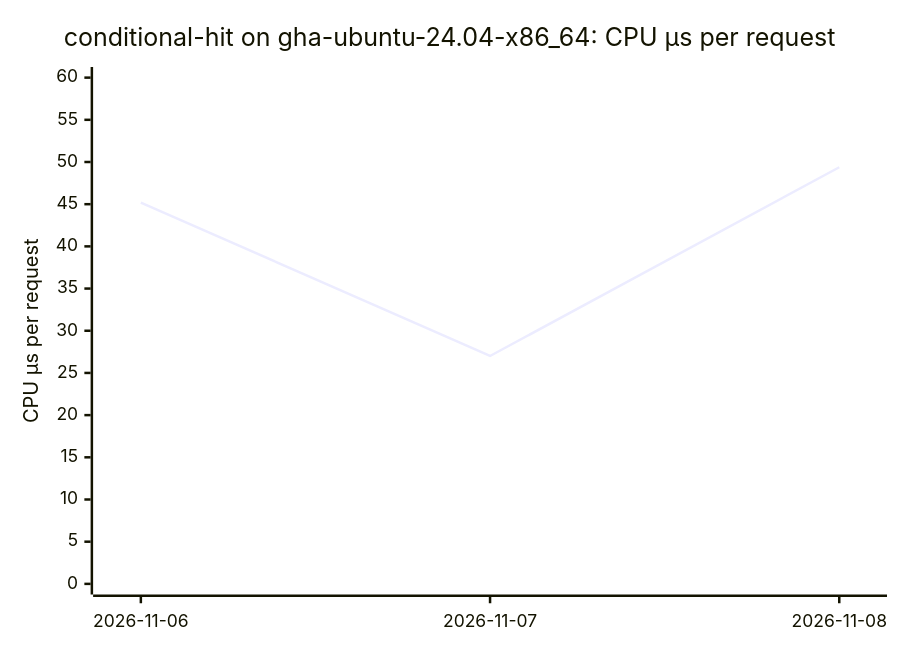
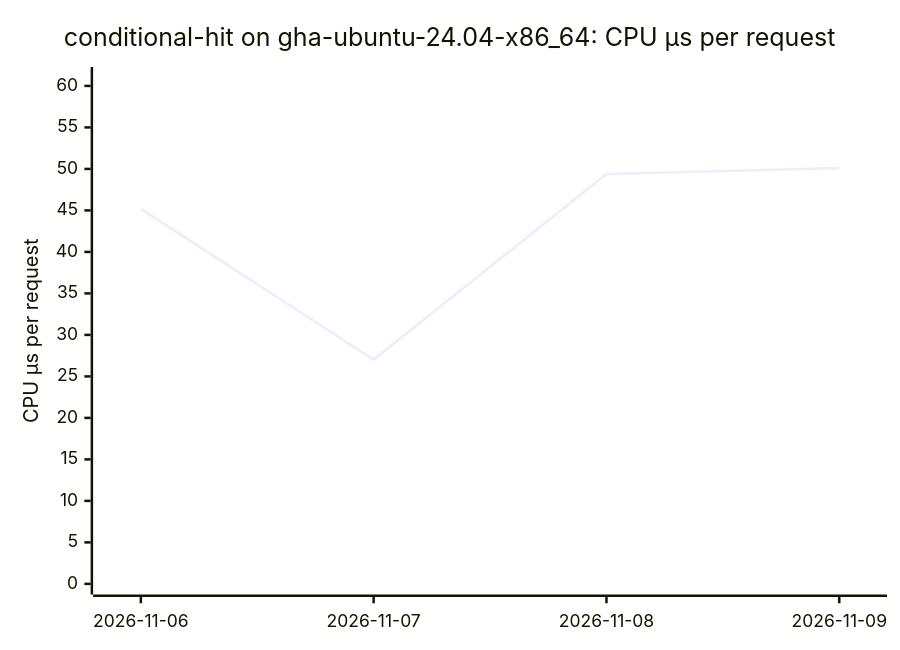
Before and after one commit to ThePixelPilgrim/durchlauferhitzer: the eighth of 18 diagrams in BENCHMARKS.md, drawn with Mermaid. The commit also changed other lines of this file and 1 other file, not shown here.

````diff
--- a/BENCHMARKS.md
+++ b/BENCHMARKS.md
@@ -85,7 +96,7 @@
 ```mermaid
 xychart-beta
   title "conditional-hit on gha-ubuntu-24.04-x86_64: CPU µs per request"
-  x-axis ["2026-11-06", "2026-11-07", "2026-11-08"]
-  y-axis "CPU µs per request" 0 --> 60
-  line [45.19, 27.01, 49.38]
+  x-axis ["2026-11-06", "2026-11-07", "2026-11-08", "2026-11-09"]
+  y-axis "CPU µs per request" 0 --> 61
+  line [45.19, 27.01, 49.38, 50.10]
 ```
````
